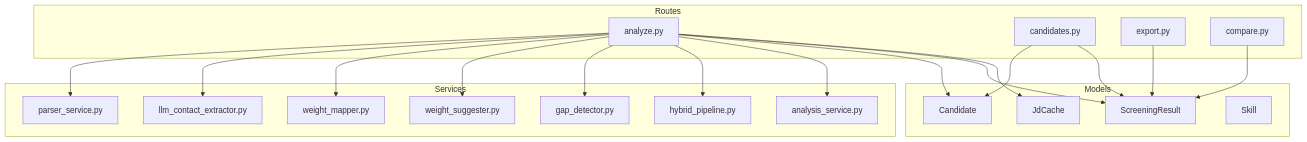
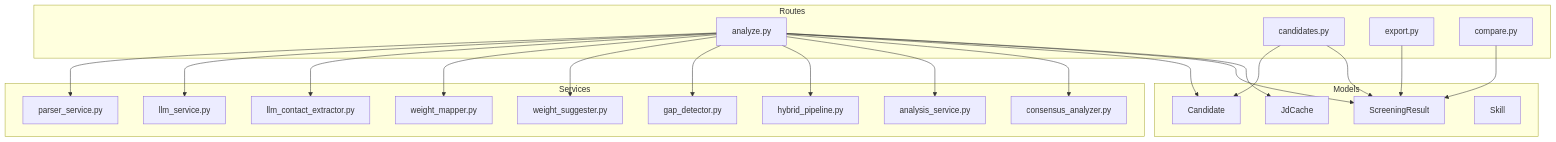
Before and after one commit to Revanththetalogics/aireume: the first of 12 diagrams in .qoder/repowiki/en/content/Candidate Management/Candidate Management.md, drawn with Mermaid. The commit also changed other lines of this file and 2 other files, not shown here.

````diff
--- a/.qoder/repowiki/en/content/Candidate Management/Candidate Management.md
+++ b/.qoder/repowiki/en/content/Candidate Management/Candidate Management.md
@@ -56,38 +58,42 @@
 ```mermaid
 graph TB
 subgraph "Models"
 C["Candidate"]
 SR["ScreeningResult"]
 JC["JdCache"]
 SK["Skill"]
 end
 subgraph "Services"
 PS["parser_service.py"]
+LS["llm_service.py"]
 LCE["llm_contact_extractor.py"]
 WM["weight_mapper.py"]
 WS["weight_suggester.py"]
 GD["gap_detector.py"]
 HP["hybrid_pipeline.py"]
 AS["analysis_service.py"]
+CA["consensus_analyzer.py"]
 end
 subgraph "Routes"
 RA["analyze.py"]
 RC["candidates.py"]
 RE["export.py"]
 RCM["compare.py"]
 end
 RA --> PS
+RA --> LS
 RA --> LCE
 RA --> WM
 RA --> WS
 RA --> GD
 RA --> HP
 RA --> AS
+RA --> CA
 RA --> C
 RA --> SR
 RA --> JC
 RC --> C
 RC --> SR
 RE --> SR
 RCM --> SR
 ```
````
